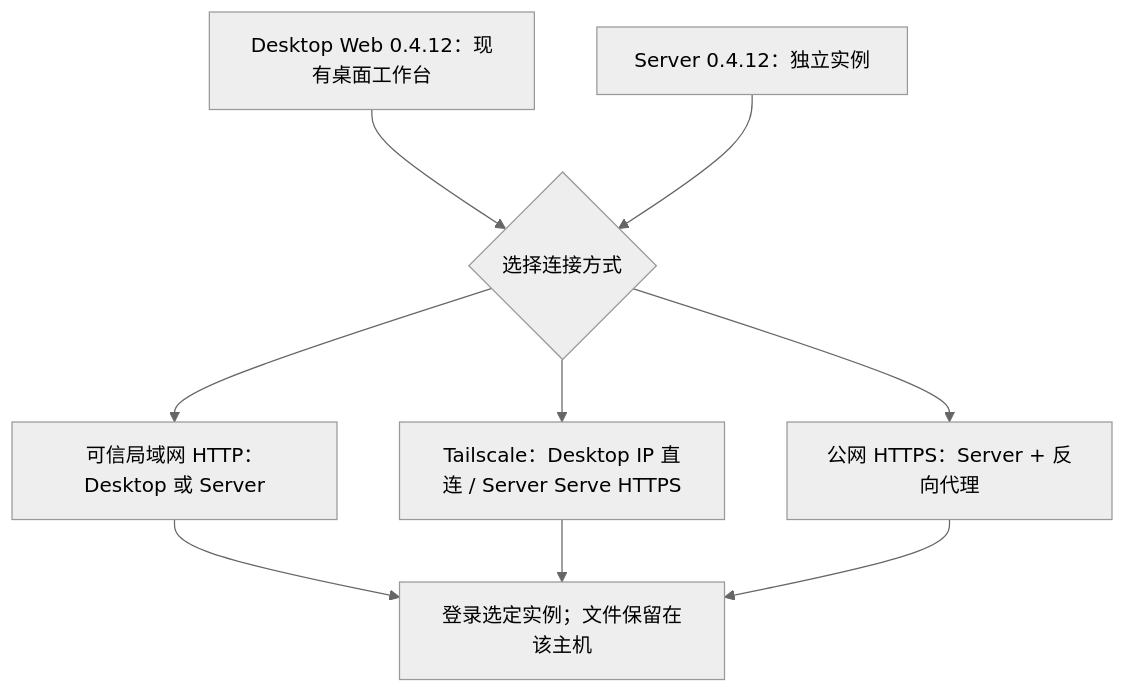
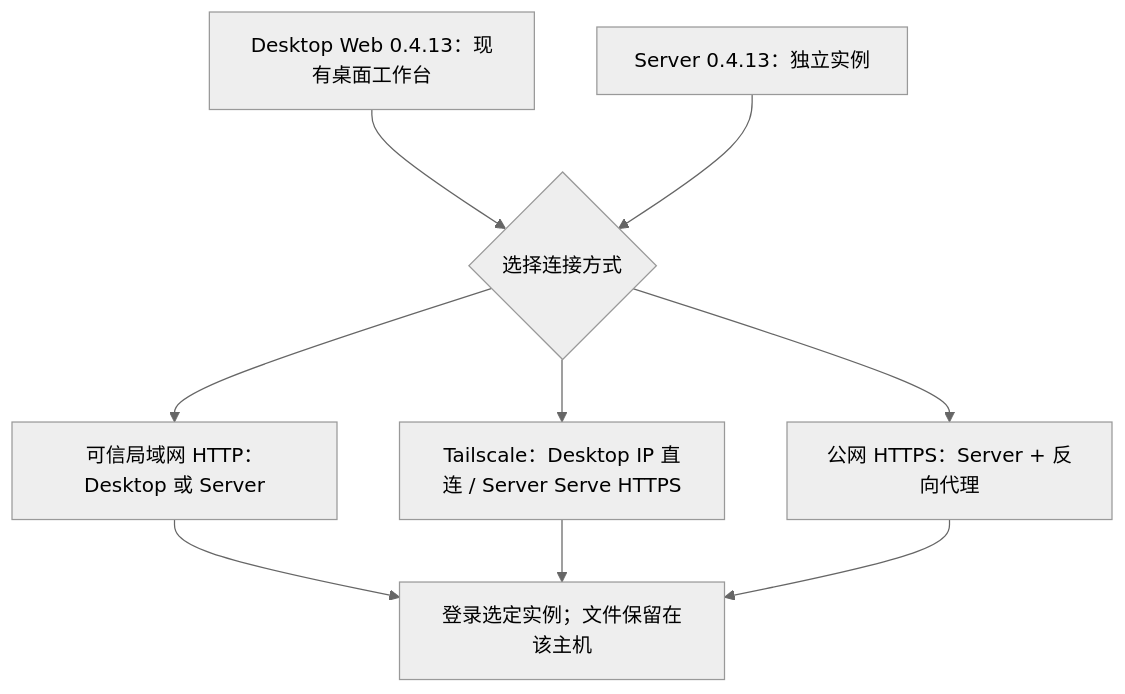
One commit to 123eyu/rovai-ai changed the diagram in website/site/public/assets/diagrams/deployment-choice-zh.mmd. Above: the diagram before and after it, drawn with Mermaid (neutral theme). The commit also changed 13 other files, not shown here.

```diff
--- a/website/site/public/assets/diagrams/deployment-choice-zh.mmd
+++ b/website/site/public/assets/diagrams/deployment-choice-zh.mmd
@@ -1,12 +1,12 @@
 flowchart TB
-  desktop["Desktop Web 0.4.12：现有桌面工作台"]
-  server["Server 0.4.12：独立实例"]
+  desktop["Desktop Web 0.4.13：现有桌面工作台"]
+  server["Server 0.4.13：独立实例"]
   choice{"选择连接方式"}
   desktop --> choice
   server --> choice
   choice --> lan["可信局域网 HTTP：Desktop 或 Server"]
   choice --> ts["Tailscale：Desktop IP 直连 / Server Serve HTTPS"]
   choice --> public["公网 HTTPS：Server + 反向代理"]
   lan --> login["登录选定实例；文件保留在该主机"]
   ts --> login
   public --> login
```
